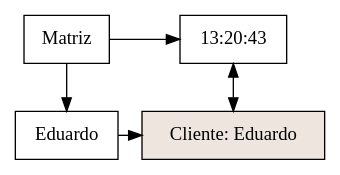
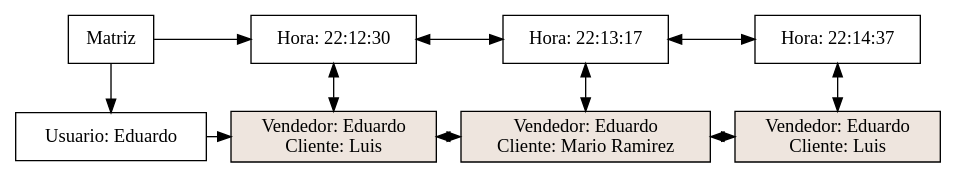
One commit to Eduardo01004/Proyecto_Clase_EDD changed the diagram in Proyecto_Clase/MatrizVentas.dot. Above: the diagram before and after it, drawn with Graphviz. The commit also changed 103 other files, not shown here.

```diff
--- a/Proyecto_Clase/MatrizVentas.dot
+++ b/Proyecto_Clase/MatrizVentas.dot
@@ -1,17 +1,31 @@
 digraph G{
 node [shape = box]
 raiz[label="Matriz"  group=1];
-423083553 [label="Eduardo" group = 1];
-140457578 [label="13:20:43" group = 419];
-raiz ->423083553
-raiz ->140457578
+499198148 [label="Usuario: Eduardo" group = 1];
+898895932 [label="Hora: 22:12:30" group = 416];
+935816486 [label="Hora: 22:13:17" group = 422];
+1346758398 [label="Hora: 22:14:37" group = 425];
+898895932->935816486[dir=both];
+935816486->1346758398[dir=both];
+raiz ->499198148
+raiz ->898895932
 { rank  = same; raiz 
-140457578;
+898895932;
+935816486;
+1346758398;
 }
-264512362 [style=filled,fillcolor=seashell2,label= "Cliente: Eduardo" group = 419 ];
-423083553->264512362
-{ rank = same; 423083553;
-264512362;
+436916535 [style=filled,fillcolor=seashell2,label= "Vendedor: Eduardo&#92;n Cliente: Luis" group = 416 ];
+1673064934 [style=filled,fillcolor=seashell2,label= "Vendedor: Eduardo&#92;n Cliente: Mario Ramirez" group = 422 ];
+774532772 [style=filled,fillcolor=seashell2,label= "Vendedor: Eduardo&#92;n Cliente: Luis" group = 425 ];
+499198148->436916535
+436916535->1673064934[dir=both];
+1673064934->774532772[dir=both];
+{ rank = same; 499198148;
+436916535;
+1673064934;
+774532772;
 }
-140457578->264512362[dir=both];
+898895932->436916535[dir=both];
+935816486->1673064934[dir=both];
+1346758398->774532772[dir=both];
 }
```
